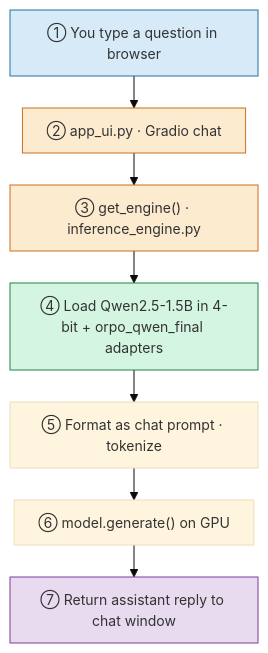
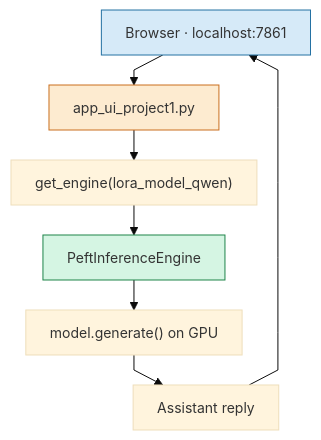
The second of 3 diagrams in posts/modern-llm-finetuning-lab/index.qmd (sophalchan/sophalchan.github.io), drawn with Mermaid before and after one commit. The commit also changed other lines of this file and 1 other file, not shown here.

First line of the commit message:
Expand LLM fine-tuning portfolio article with background and Project 1 architecture.

````diff
--- a/posts/modern-llm-finetuning-lab/index.qmd
+++ b/posts/modern-llm-finetuning-lab/index.qmd
@@ -147,23 +232,20 @@
 ```{mermaid}
 %%{init: {
   "theme": "base",
   "themeVariables": { "fontSize": "14px" },
-  "flowchart": { "curve": "linear", "padding": 12, "nodeSpacing": 24, "rankSpacing": 32 }
+  "flowchart": { "curve": "linear", "padding": 12, "nodeSpacing": 22, "rankSpacing": 30 }
 }}%%
 flowchart TB
-    U["① You type a question in browser"]
-    G["② app_ui.py · Gradio chat"]
-    E["③ get_engine() · inference_engine.py"]
-    L["④ Load Qwen2.5-1.5B in 4-bit + orpo_qwen_final adapters"]
-    P["⑤ Format as chat prompt · tokenize"]
-    R["⑥ model.generate() on GPU"]
-    A["⑦ Return assistant reply to chat window"]
+    B["Browser · localhost:7861"]
+    U["app_ui_project1.py"]
+    E["get_engine(lora_model_qwen)"]
+    P["PeftInferenceEngine"]
+    G["model.generate() on GPU"]
+    R["Assistant reply"]
 
-    U --> G --> E --> L --> P --> R --> A
+    B --> U --> E --> P --> G --> R --> B
 
-    style U fill:#d6eaf8,stroke:#2471a3
-    style G fill:#fdebd0,stroke:#ca6f1e
-    style E fill:#fdebd0,stroke:#ca6f1e
-    style L fill:#d5f5e3,stroke:#1e8449
-    style A fill:#e8daef,stroke:#7d3c98
+    style B fill:#d6eaf8,stroke:#2471a3
+    style U fill:#fdebd0,stroke:#ca6f1e
+    style P fill:#d5f5e3,stroke:#1e8449
 ```
````
